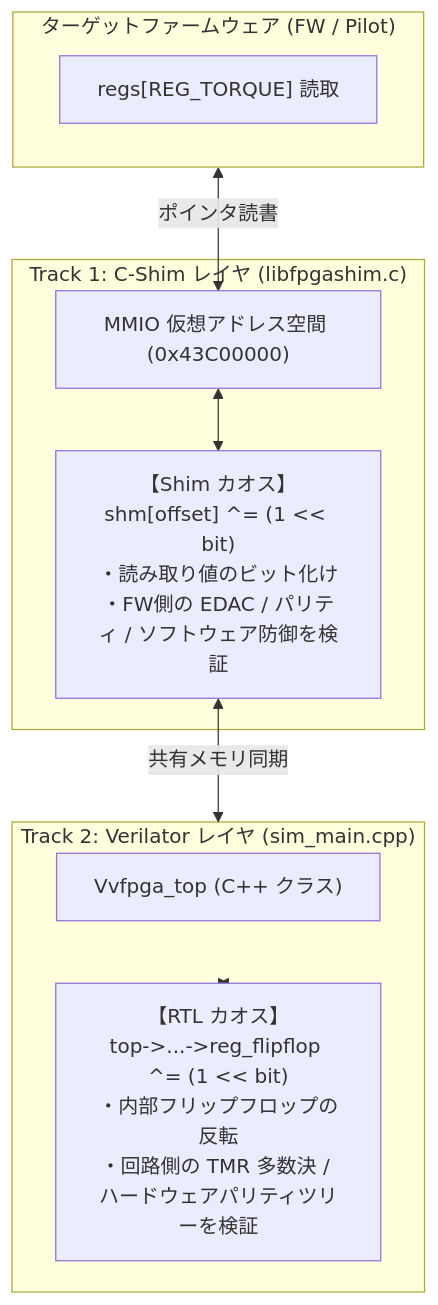
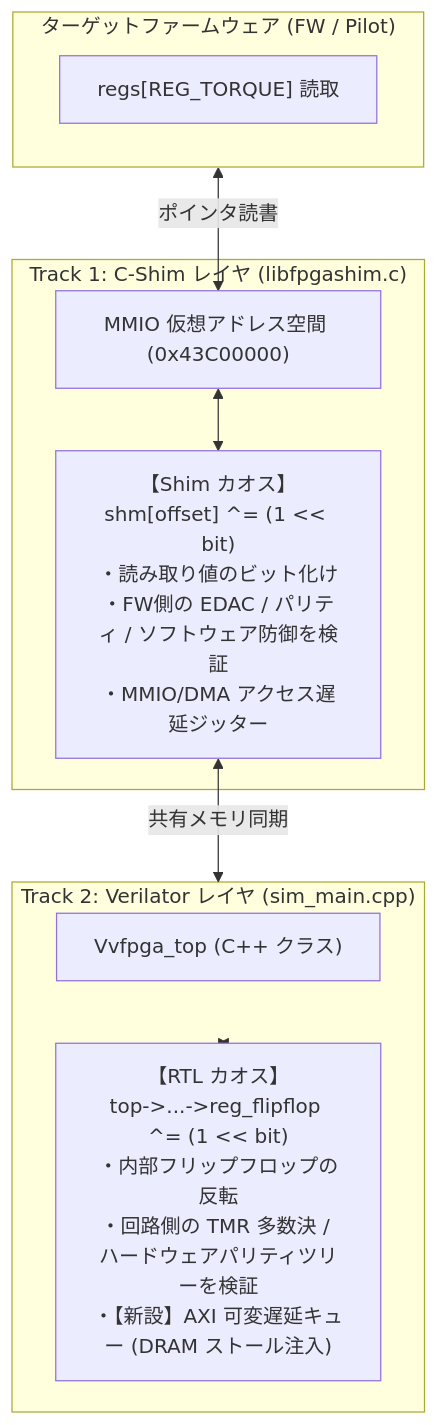
The second of 2 diagrams in docs/architecture/AddInfo_uncompromising_chaos_engine.md (sirosiro/FPGA-BoardlessBench), drawn with Mermaid before and after one commit. The commit also changed other lines of this file and 21 other files, not shown here.

First line of the commit message:
feat(chaos): integrate AXI stall engine for fault injection in Verilator simulations

````diff
--- a/docs/architecture/AddInfo_uncompromising_chaos_engine.md
+++ b/docs/architecture/AddInfo_uncompromising_chaos_engine.md
@@ -55,21 +59,21 @@
 ```mermaid
 flowchart TD
     subgraph APP["ターゲットファームウェア (FW / Pilot)"]
         MEM_READ["regs[REG_TORQUE] 読取"]
     end
 
     subgraph SHIM["Track 1: C-Shim レイヤ (libfpgashim.c)"]
         MMIO_MAP["MMIO 仮想アドレス空間 (0x43C00000)"]
-        SHIM_CHAOS["【Shim カオス】<br/>shm[offset] ^= (1 << bit)<br/>・読み取り値のビット化け<br/>・FW側の EDAC / パリティ / ソフトウェア防御を検証"]
+        SHIM_CHAOS["【Shim カオス】<br/>shm[offset] ^= (1 << bit)<br/>・読み取り値のビット化け<br/>・FW側の EDAC / パリティ / ソフトウェア防御を検証<br/>・MMIO/DMA アクセス遅延ジッター"]
     end
 
     subgraph SIM["Track 2: Verilator レイヤ (sim_main.cpp)"]
         RTL_TOP["Vvfpga_top (C++ クラス)"]
-        RTL_CHAOS["【RTL カオス】<br/>top->...->reg_flipflop ^= (1 << bit)<br/>・内部フリップフロップの反転<br/>・回路側の TMR 多数決 / ハードウェアパリティツリーを検証"]
+        RTL_CHAOS["【RTL カオス】<br/>top->...->reg_flipflop ^= (1 << bit)<br/>・内部フリップフロップの反転<br/>・回路側の TMR 多数決 / ハードウェアパリティツリーを検証<br/>・【新設】AXI 可変遅延キュー (DRAM ストール注入)"]
     end
 
     APP <-->|ポインタ読書| MMIO_MAP
     MMIO_MAP <--> SHIM_CHAOS
     SHIM_CHAOS <-->|共有メモリ同期| SIM
     SIM <--> RTL_CHAOS
 ```
````
